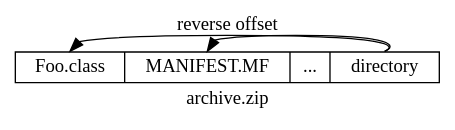
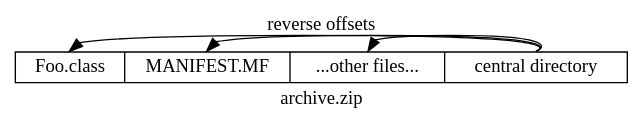
Before and after one commit to com-lihaoyi/mill: the first of 3 diagrams in blog/modules/ROOT/pages/5-executable-jars.adoc, drawn with Graphviz. The commit also changed other lines of this file and 2 other files, not shown here.

````diff
--- a/blog/modules/ROOT/pages/5-executable-jars.adoc
+++ b/blog/modules/ROOT/pages/5-executable-jars.adoc
@@ -143,9 +144,10 @@
 ```graphviz
 digraph G {
   label="archive.zip"
   node [shape=box width=0 height=0 style=filled fillcolor=white]
-  zip [shape=record label="<f0> Foo.class | <f1> MANIFEST.MF | ... | <f2> directory"]
-  zip:f2:n -> zip:f1:n [label="reverse offset"]
+  zip [shape=record label="<f0> Foo.class | <f1> MANIFEST.MF | <f3> ...other files... | <f2> central directory"]
+  zip:f2:n -> zip:f1:n [label="reverse offsets"]
   zip:f2:n -> zip:f0:n
+  zip:f2:n -> zip:f3:n
 }
 ```
````
